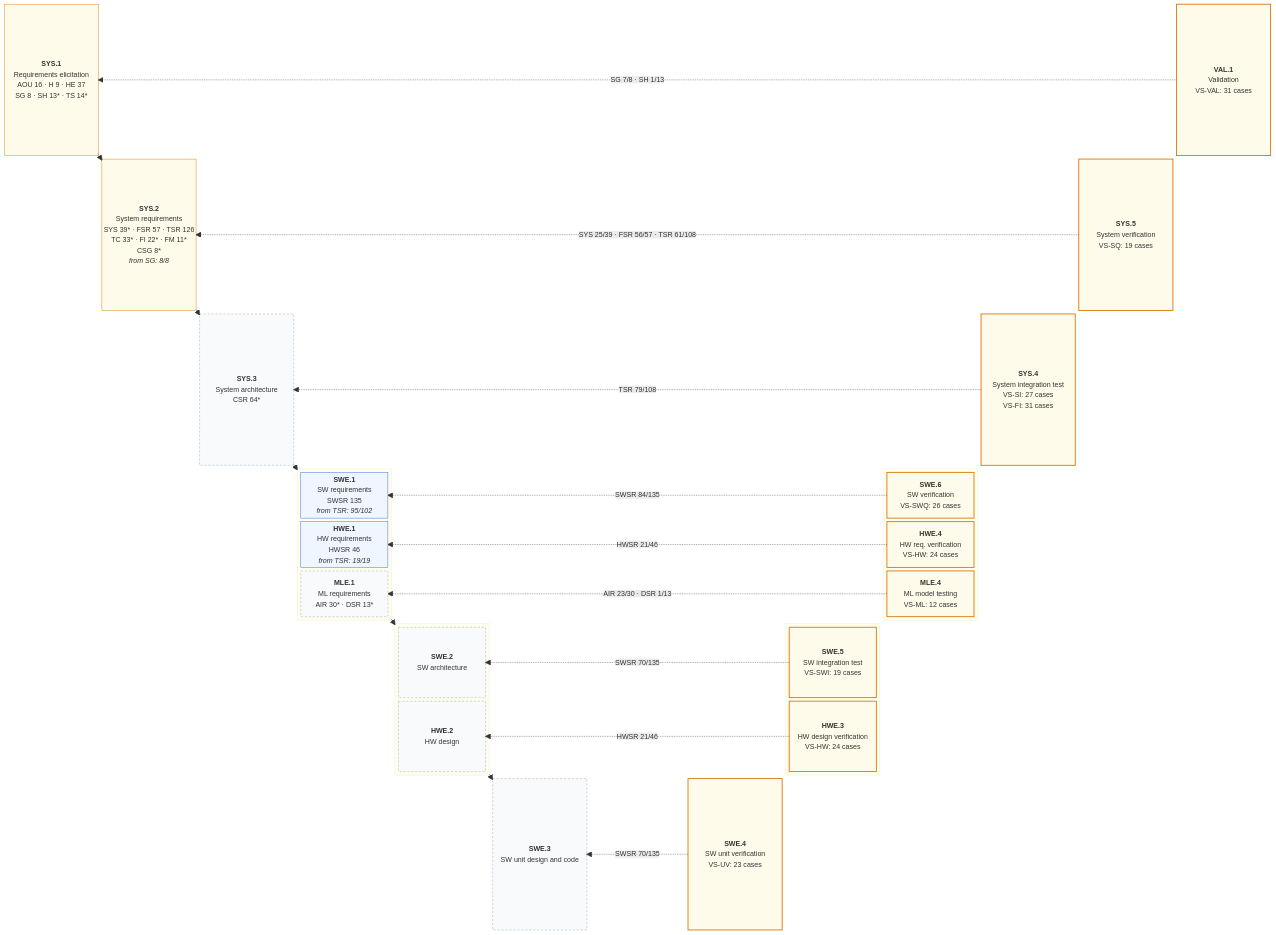
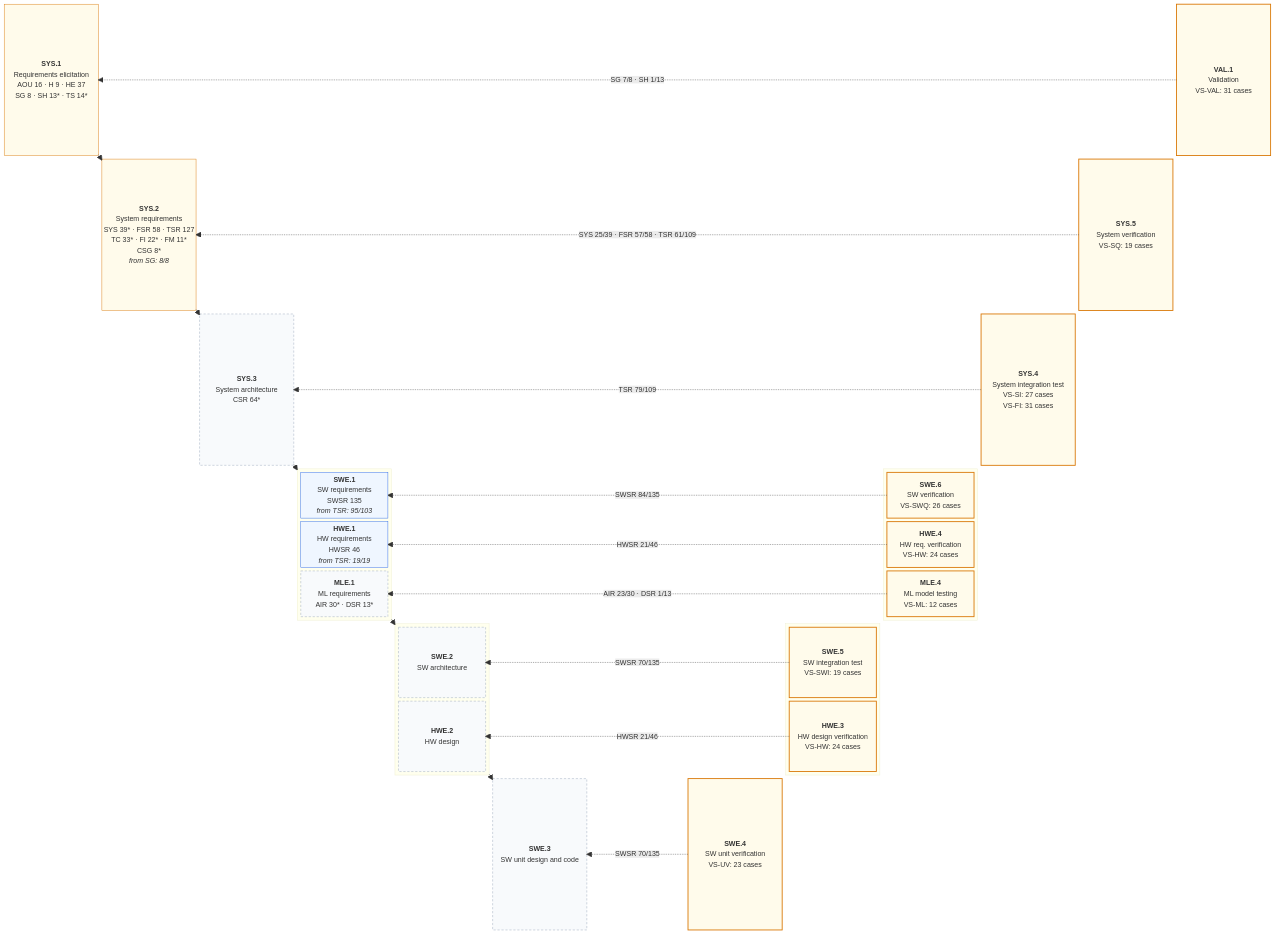
Before and after one commit to jherrodthomas/LionDriver: the first of 2 diagrams in assurance/trace/maps/aspice-trace-map.md, drawn with Mermaid. The commit also changed other lines of this file and 32 other files, not shown here.

```diff
--- a/assurance/trace/maps/aspice-trace-map.md
+++ b/assurance/trace/maps/aspice-trace-map.md
@@ -36,7 +36,7 @@
   space
   VAL1["<b>VAL.1</b><br/>Validation<br/>VS-VAL: 31 cases"]
   space
-  SYS2["<b>SYS.2</b><br/>System requirements<br/>SYS 39* · FSR 57 · TSR 126<br/>TC 33* · FI 22* · FM 11*<br/>CSG 8*<br/><i>from SG: 8/8</i>"]
+  SYS2["<b>SYS.2</b><br/>System requirements<br/>SYS 39* · FSR 58 · TSR 127<br/>TC 33* · FI 22* · FM 11*<br/>CSG 8*<br/><i>from SG: 8/8</i>"]
   space
   space
   space
@@ -66,7 +66,7 @@
   space
   block:L3
     columns 1
-    SWE1["<b>SWE.1</b><br/>SW requirements<br/>SWSR 135<br/><i>from TSR: 95/102</i>"]
+    SWE1["<b>SWE.1</b><br/>SW requirements<br/>SWSR 135<br/><i>from TSR: 95/103</i>"]
     HWE1["<b>HWE.1</b><br/>HW requirements<br/>HWSR 46<br/><i>from TSR: 19/19</i>"]
     MLE1["<b>MLE.1</b><br/>ML requirements<br/>AIR 30* · DSR 13*"]
   end
@@ -124,8 +124,8 @@
   L3 --> L4
   L4 --> SWE3
   VAL1 -. "SG 7/8 · SH 1/13" .-> SYS1
-  SYS5 -. "SYS 25/39 · FSR 56/57 · TSR 61/108" .-> SYS2
-  SYS4 -. "TSR 79/108" .-> SYS3
+  SYS5 -. "SYS 25/39 · FSR 57/58 · TSR 61/109" .-> SYS2
+  SYS4 -. "TSR 79/109" .-> SYS3
   SWE6 -. "SWSR 84/135" .-> SWE1
   HWE4 -. "HWSR 21/46" .-> HWE1
   MLE4 -. "AIR 23/30 · DSR 1/13" .-> MLE1
```
